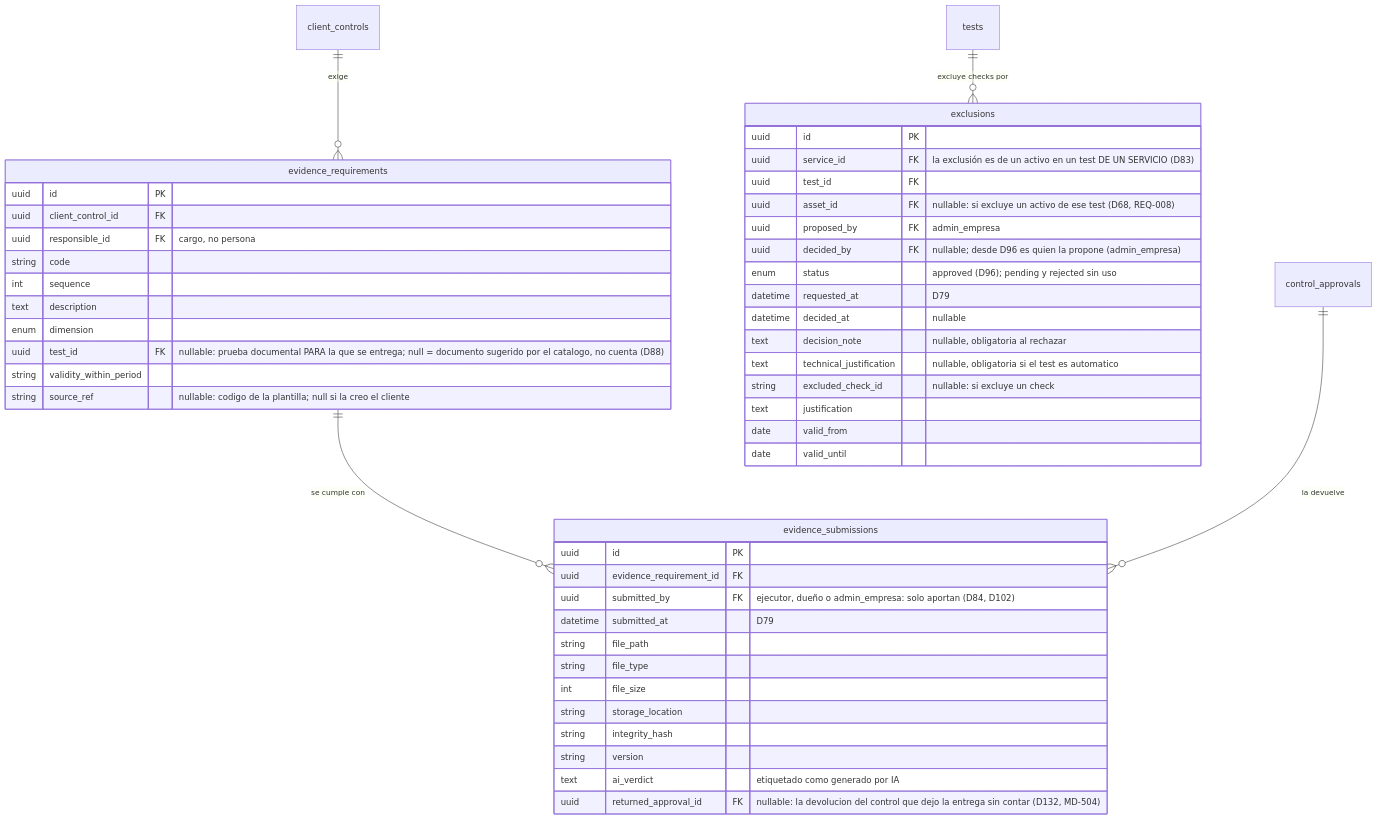
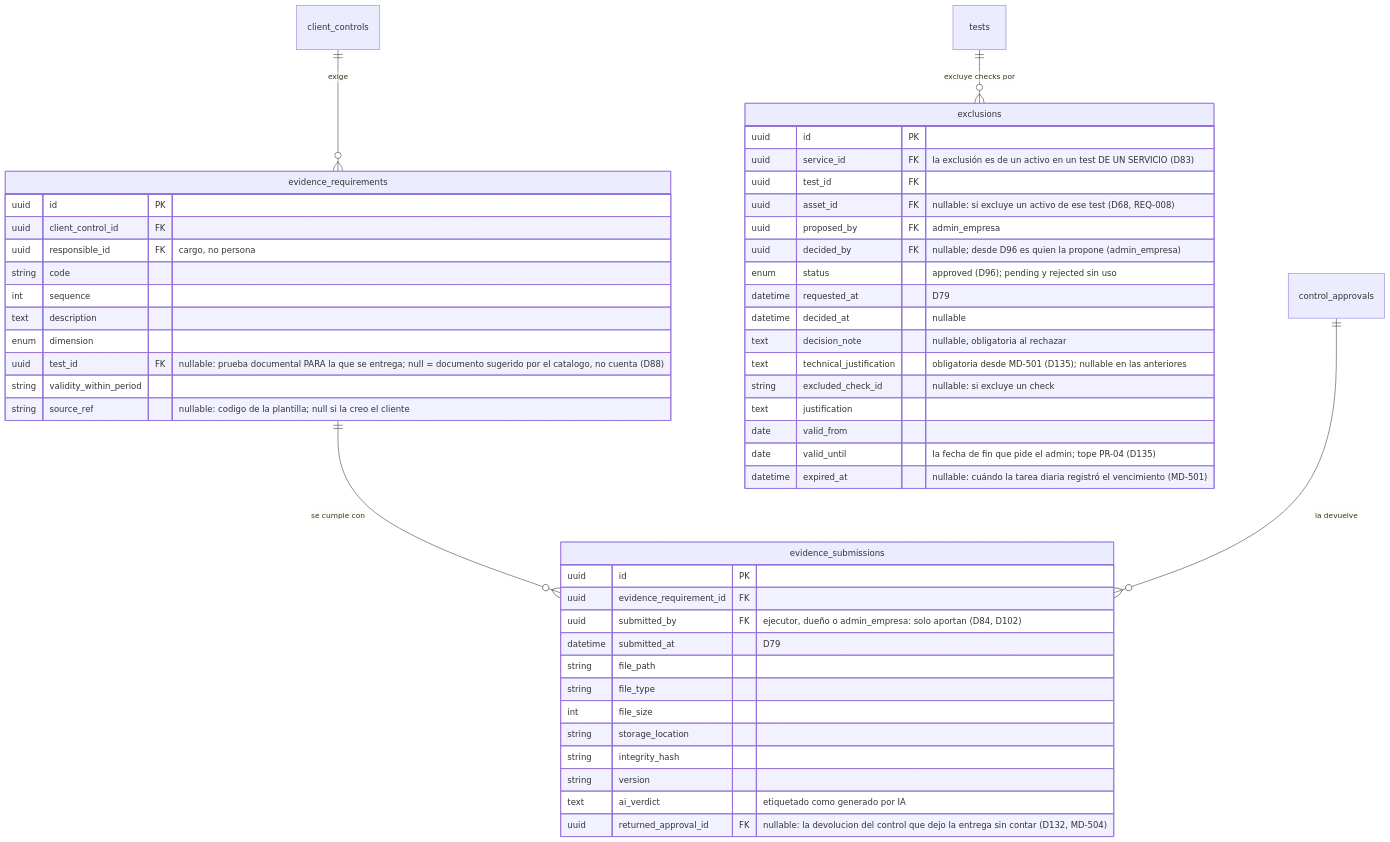
The third of 5 diagrams in skills/product/monkey-compliance-council/references/datos/modelo/07-cumplimiento.md (Monkey-GRC/Monkey-Brain-IA), drawn with Mermaid before and after one commit. The commit also changed other lines of this file and 24 other files, not shown here.

````diff
--- a/skills/product/monkey-compliance-council/references/datos/modelo/07-cumplimiento.md
+++ b/skills/product/monkey-compliance-council/references/datos/modelo/07-cumplimiento.md
@@ -240,50 +240,51 @@
 ```mermaid
 erDiagram
     evidence_requirements {
         uuid id PK
         uuid client_control_id FK
         uuid responsible_id FK "cargo, no persona"
         string code
         int sequence
         text description
         enum dimension
         uuid test_id FK "nullable: prueba documental PARA la que se entrega; null = documento sugerido por el catalogo, no cuenta (D88)"
         string validity_within_period
         string source_ref "nullable: codigo de la plantilla; null si la creo el cliente"
     }
     evidence_submissions {
         uuid id PK
         uuid evidence_requirement_id FK
         uuid submitted_by FK "ejecutor, dueño o admin_empresa: solo aportan (D84, D102)"
         datetime submitted_at "D79"
         string file_path
         string file_type
         int file_size
         string storage_location
         string integrity_hash
         string version
         text ai_verdict "etiquetado como generado por IA"
         uuid returned_approval_id FK "nullable: la devolucion del control que dejo la entrega sin contar (D132, MD-504)"
     }
     exclusions {
         uuid id PK
         uuid service_id FK "la exclusión es de un activo en un test DE UN SERVICIO (D83)"
         uuid test_id FK
         uuid asset_id FK "nullable: si excluye un activo de ese test (D68, REQ-008)"
         uuid proposed_by FK "admin_empresa"
         uuid decided_by FK "nullable; desde D96 es quien la propone (admin_empresa)"
         enum status "approved (D96); pending y rejected sin uso"
         datetime requested_at "D79"
         datetime decided_at "nullable"
         text decision_note "nullable, obligatoria al rechazar"
-        text technical_justification "nullable, obligatoria si el test es automatico"
+        text technical_justification "obligatoria desde MD-501 (D135); nullable en las anteriores"
         string excluded_check_id "nullable: si excluye un check"
         text justification
         date valid_from
-        date valid_until
+        date valid_until "la fecha de fin que pide el admin; tope PR-04 (D135)"
+        datetime expired_at "nullable: cuándo la tarea diaria registró el vencimiento (MD-501)"
     }
     client_controls ||--o{ evidence_requirements : "exige"
     evidence_requirements ||--o{ evidence_submissions : "se cumple con"
     control_approvals ||--o{ evidence_submissions : "la devuelve"
     tests ||--o{ exclusions : "excluye checks por"
 ```
````
